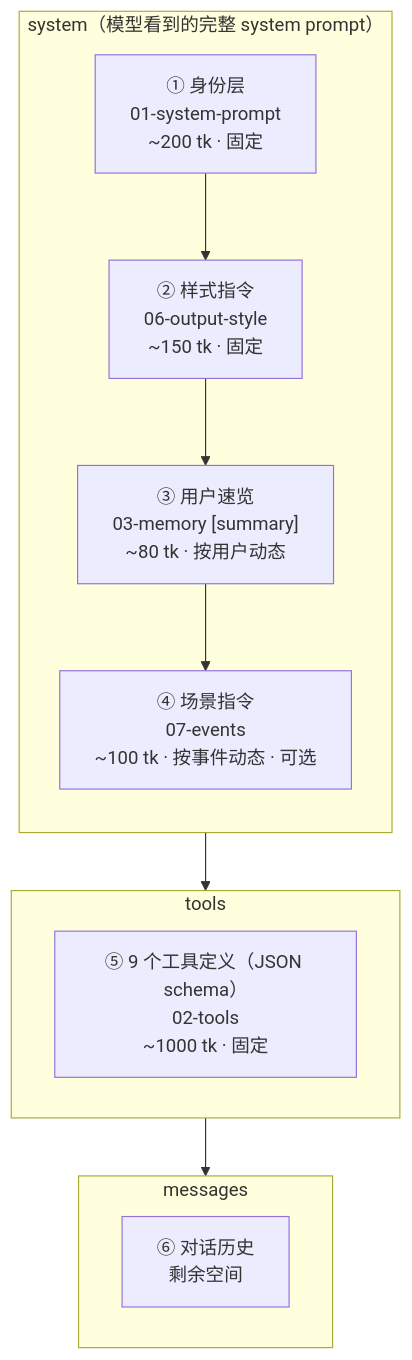
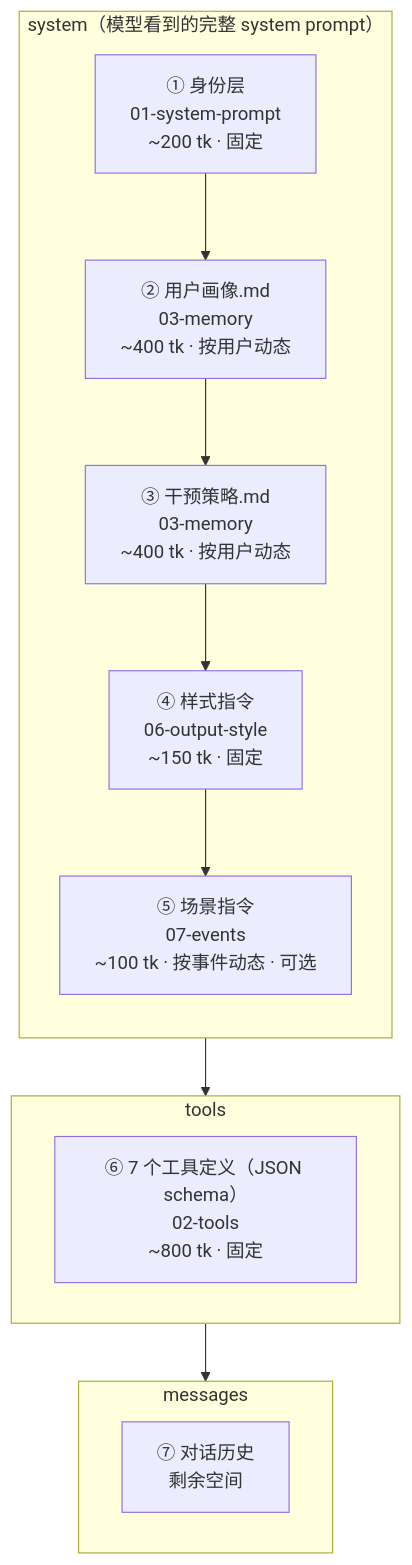
One commit to Trendolhxh/test changed the diagram in isho-agent/04-context-assembly.md. Above: the diagram before and after it, drawn with Mermaid. The commit also changed other lines of this file and 6 other files, not shown here.

````diff
--- a/isho-agent/04-context-assembly.md
+++ b/isho-agent/04-context-assembly.md
@@ -10,21 +10,22 @@
 ```mermaid
 flowchart TD
     subgraph SYSTEM["system（模型看到的完整 system prompt）"]
         direction TB
         S1["① 身份层\n01-system-prompt\n~200 tk · 固定"]
-        S2["② 样式指令\n06-output-style\n~150 tk · 固定"]
-        S3["③ 用户速览\n03-memory [summary]\n~80 tk · 按用户动态"]
-        S4["④ 场景指令\n07-events\n~100 tk · 按事件动态 · 可选"]
-        S1 --> S2 --> S3 --> S4
+        S2["② 用户画像.md\n03-memory\n~400 tk · 按用户动态"]
+        S3["③ 干预策略.md\n03-memory\n~400 tk · 按用户动态"]
+        S4["④ 样式指令\n06-output-style\n~150 tk · 固定"]
+        S5["⑤ 场景指令\n07-events\n~100 tk · 按事件动态 · 可选"]
+        S1 --> S2 --> S3 --> S4 --> S5
     end
 
     subgraph TOOLS["tools"]
-        T1["⑤ 9 个工具定义（JSON schema）\n02-tools\n~1000 tk · 固定"]
+        T1["⑥ 7 个工具定义（JSON schema）\n02-tools\n~800 tk · 固定"]
     end
 
     subgraph MESSAGES["messages"]
-        M1["⑥ 对话历史\n剩余空间"]
+        M1["⑦ 对话历史\n剩余空间"]
     end
 
     SYSTEM --> TOOLS --> MESSAGES
 ```
````
